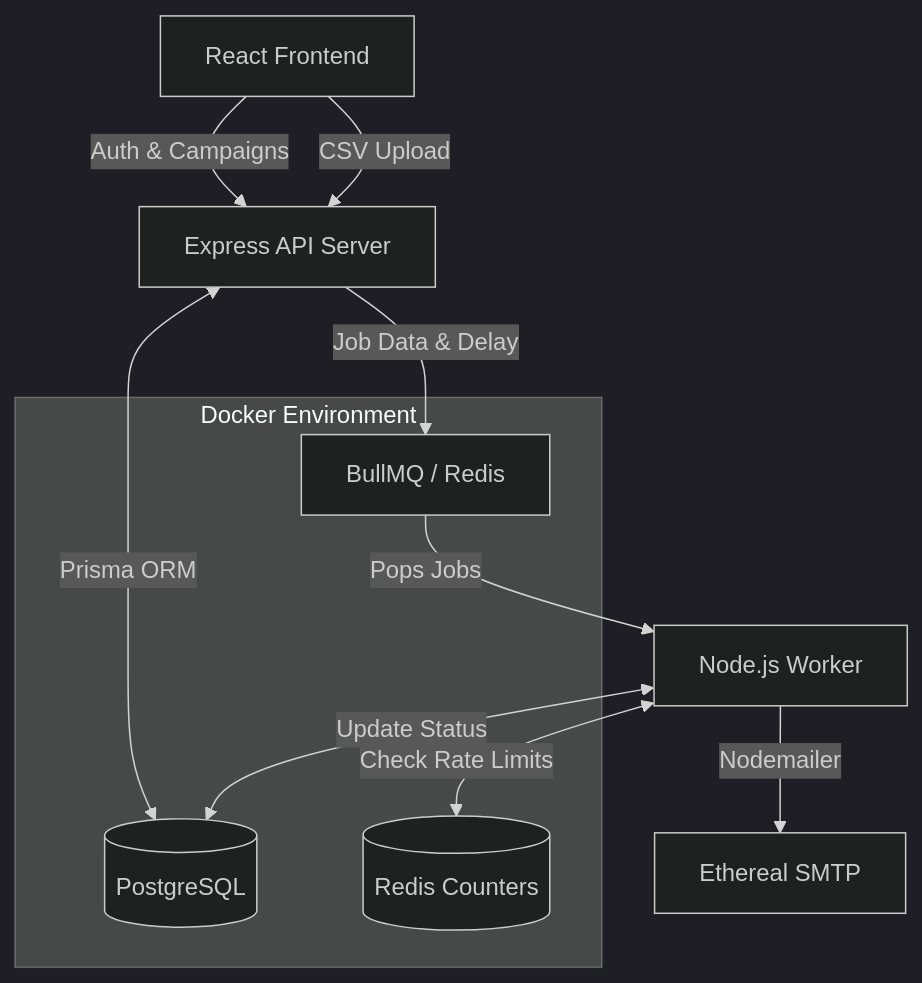
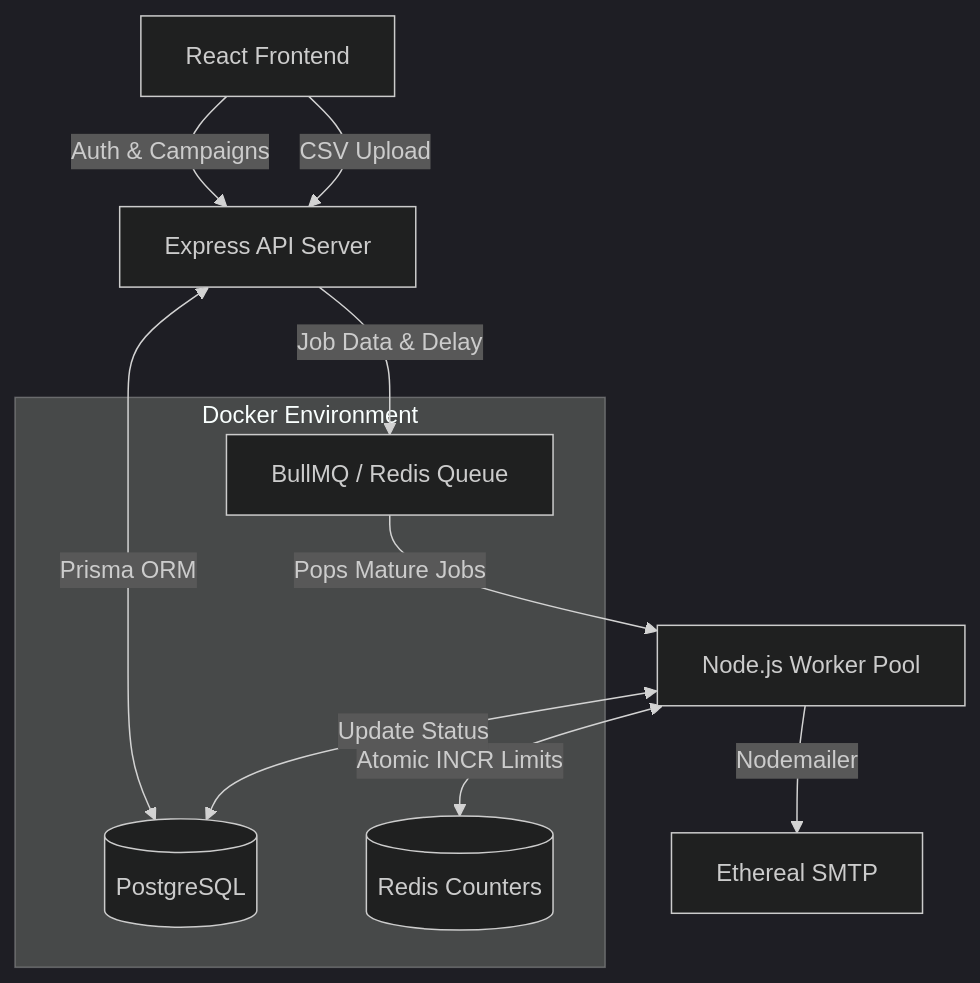
Before and after one commit to ruthwik-thotapelli/reachinbox-email-scheduler: the diagram in README.md, drawn with Mermaid (dark theme). The commit also changed other lines of this file and 2 other files, not shown here.

````diff
--- a/README.md
+++ b/README.md
@@ -66,22 +108,22 @@
 ```mermaid
 graph TD
     Client[React Frontend] -->|Auth & Campaigns| API[Express API Server]
     Client -->|CSV Upload| API
     
     API <-->|Prisma ORM| DB[(PostgreSQL)]
     
-    API -->|Job Data & Delay| Queue[BullMQ / Redis]
+    API -->|Job Data & Delay| Queue[BullMQ / Redis Queue]
     
-    Queue -->|Pops Jobs| Worker[Node.js Worker]
+    Queue -->|Pops Mature Jobs| Worker[Node.js Worker Pool]
     
-    Worker <-->|Check Rate Limits| Redis[(Redis Counters)]
+    Worker <-->|Atomic INCR Limits| Redis[(Redis Counters)]
     Worker <-->|Update Status| DB
     
     Worker -->|Nodemailer| SMTP[Ethereal SMTP]
     
     subgraph Infrastructure [Docker Environment]
         DB
         Queue
         Redis
     end
 ```
````
